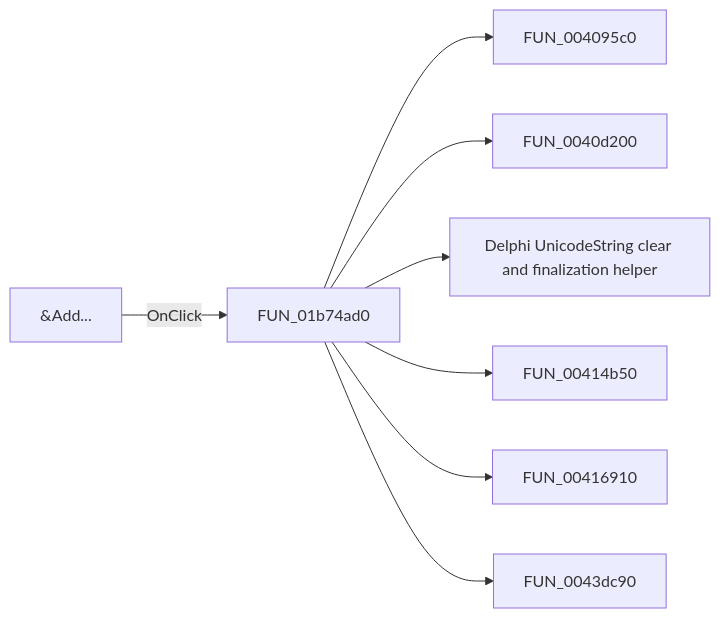
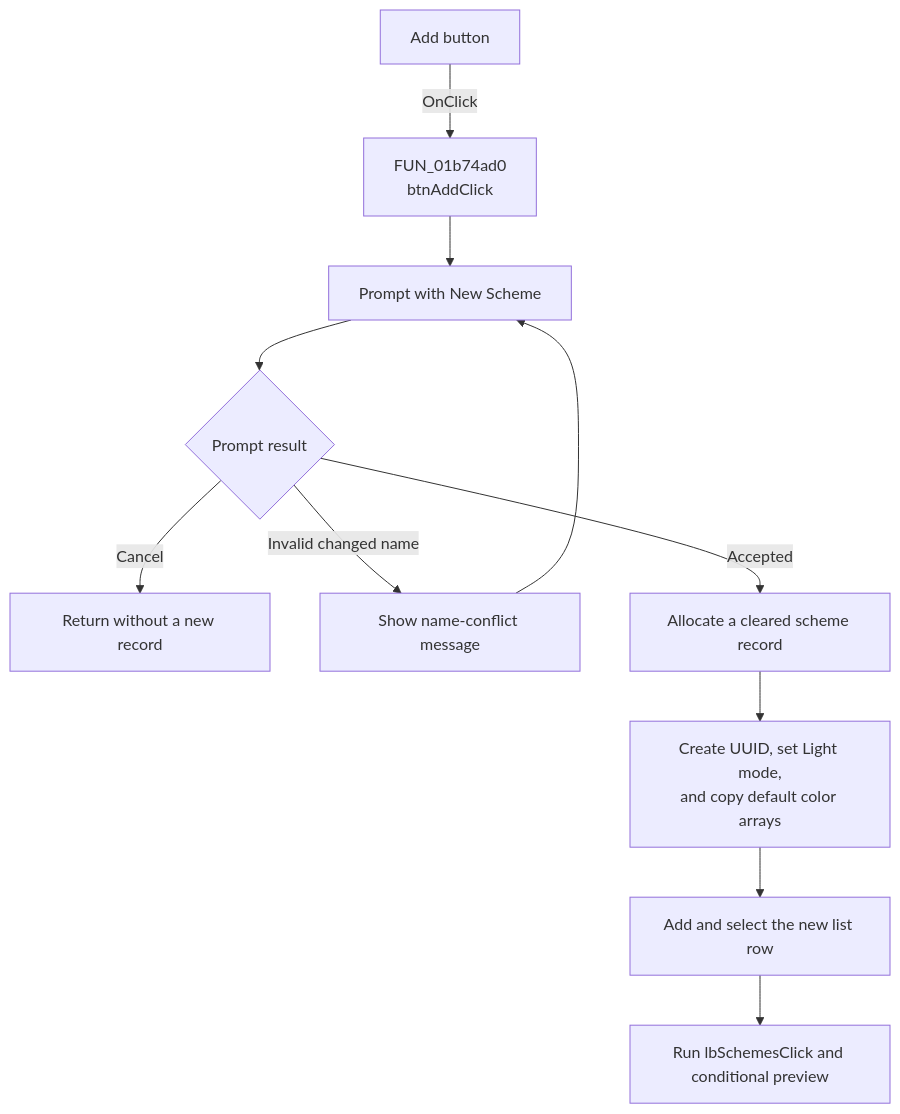
The diagram in docs/ui-controls/frmeditorschemes/btnadd-1e5de61b34.md (MovGP0/TIARA), drawn with Mermaid before and after one commit. The commit also changed other lines of this file and 387 other files, not shown here.

````diff
--- a/docs/ui-controls/frmeditorschemes/btnadd-1e5de61b34.md
+++ b/docs/ui-controls/frmeditorschemes/btnadd-1e5de61b34.md
@@ -27,10 +40,13 @@
 ```mermaid
-flowchart LR
-    control["&Add..."] -->|OnClick| handler["FUN_01b74ad0"]
-    handler --> call1["FUN_004095c0"]
-    handler --> call2["FUN_0040d200"]
-    handler --> call3["Delphi UnicodeString clear and finalization helper"]
-    handler --> call4["FUN_00414b50"]
-    handler --> call5["FUN_00416910"]
-    handler --> call6["FUN_0043dc90"]
+flowchart TD
+    control["Add button"] -->|OnClick| handler["FUN_01b74ad0<br/>btnAddClick"]
+    handler --> prompt["Prompt with New Scheme"]
+    prompt --> result{"Prompt result"}
+    result -->|Cancel| noOp["Return without a new record"]
+    result -->|Invalid changed name| error["Show name-conflict message"]
+    error --> prompt
+    result -->|Accepted| allocate["Allocate a cleared scheme record"]
+    allocate --> initialize["Create UUID, set Light mode,<br/>and copy default color arrays"]
+    initialize --> add["Add and select the new list row"]
+    add --> selection["Run lbSchemesClick and conditional preview"]
 ```
````
